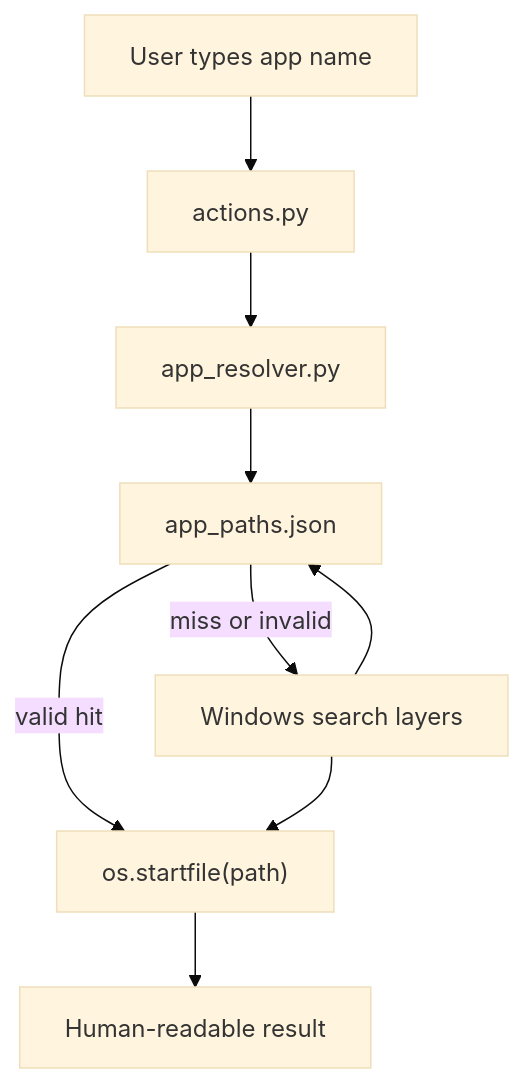
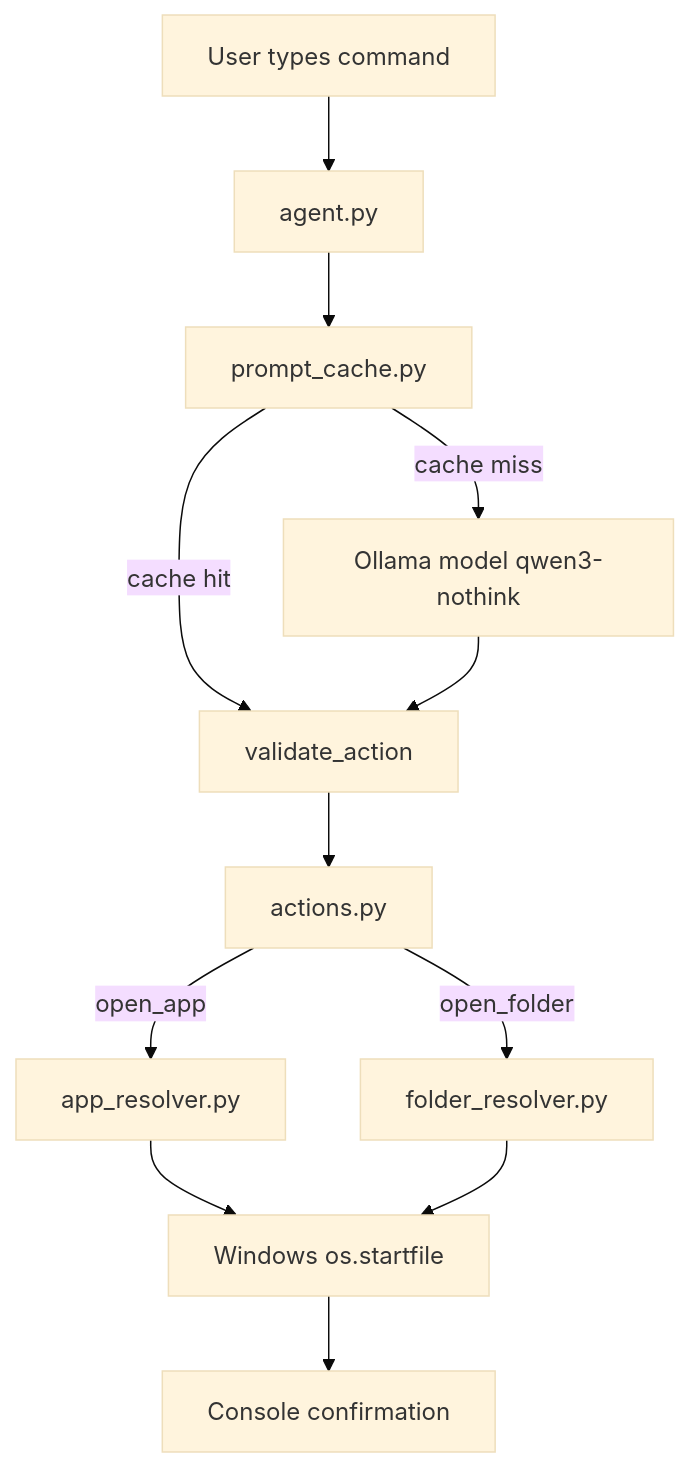
Before and after one commit to ayush60728/Agent: the first of 8 diagrams in personal-agent/CODEBASE_WALKTHROUGH.md, drawn with Mermaid (base theme). The commit also changed other lines of this file and 11 other files, not shown here.

````diff
--- a/personal-agent/CODEBASE_WALKTHROUGH.md
+++ b/personal-agent/CODEBASE_WALKTHROUGH.md
@@ -32,19 +35,25 @@
 ```mermaid
 flowchart TD
-    User["User types app name"]
+    User["User types command"]
+    Agent["agent.py"]
+    PromptCache["prompt_cache.py"]
+    Ollama["Ollama model qwen3-nothink"]
+    Validate["validate_action"]
     Actions["actions.py"]
-    Resolver["app_resolver.py"]
-    Cache["app_paths.json"]
-    Search["Windows search layers"]
-    Launch["os.startfile(path)"]
-    Result["Human-readable result"]
+    AppResolver["app_resolver.py"]
+    FolderResolver["folder_resolver.py"]
+    Windows["Windows os.startfile"]
+    Result["Console confirmation"]
 
-    User --> Actions
-    Actions --> Resolver
-    Resolver --> Cache
-    Cache -->|valid hit| Launch
-    Cache -->|miss or invalid| Search
-    Search --> Cache
-    Search --> Launch
-    Launch --> Result
+    User --> Agent
+    Agent --> PromptCache
+    PromptCache -->|cache hit| Validate
+    PromptCache -->|cache miss| Ollama
+    Ollama --> Validate
+    Validate --> Actions
+    Actions -->|open_app| AppResolver
+    Actions -->|open_folder| FolderResolver
+    AppResolver --> Windows
+    FolderResolver --> Windows
+    Windows --> Result
 ```
````
